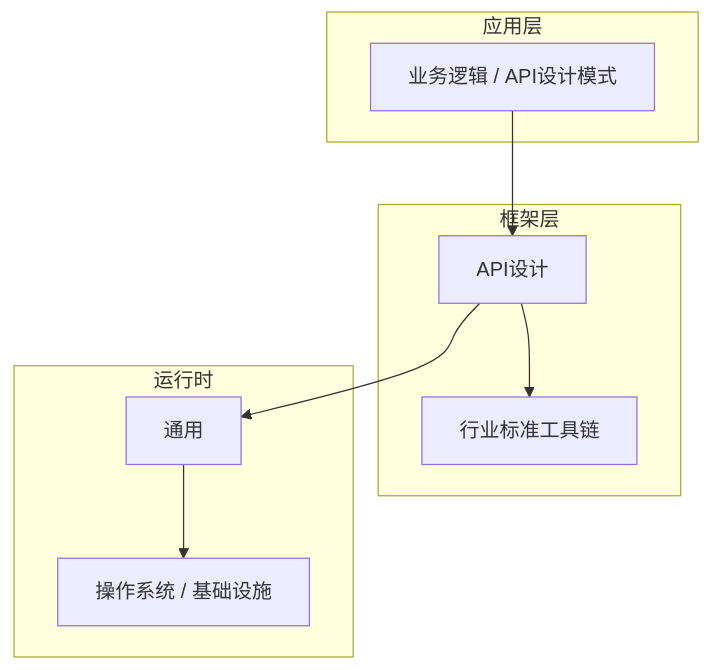
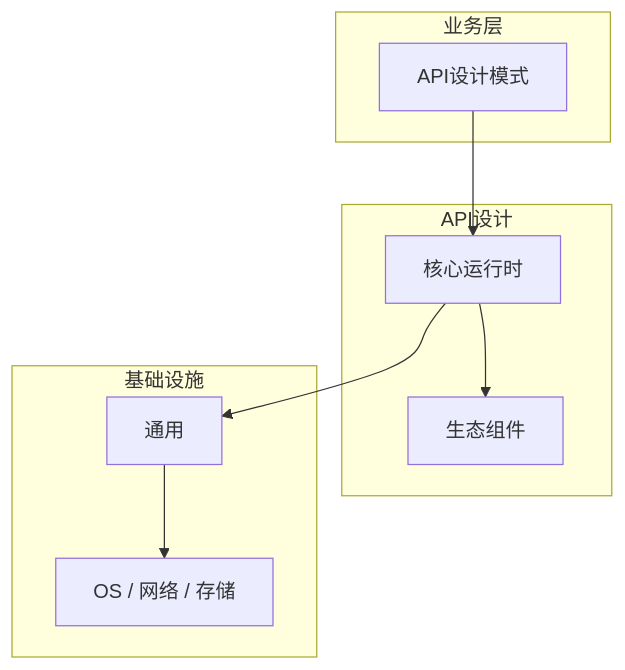
The diagram in articles/API设计/chapters/071-API设计模式核心概念与原理.md (yanggan2015/knowledge-json-v2), drawn with Mermaid before and after one commit. The commit also changed other lines of this file and 10127 other files, not shown here.

````diff
--- a/articles/API设计/chapters/071-API设计模式核心概念与原理.md
+++ b/articles/API设计/chapters/071-API设计模式核心概念与原理.md
@@ -45,18 +34,18 @@
 ```mermaid
 graph TB
-    subgraph 应用层
-        A[业务逻辑 / API设计模式]
+    subgraph 业务层
+        A[API设计模式]
     end
-    subgraph 框架层
-        B[API设计]
-        C[行业标准工具链]
+    subgraph API设计
+        B[核心运行时]
+        C[生态组件]
     end
-    subgraph 运行时
+    subgraph 基础设施
         D[通用]
-        E[操作系统 / 基础设施]
+        E[OS / 网络 / 存储]
     end
     A --> B
     B --> C
     B --> D
     D --> E
 ```
````
